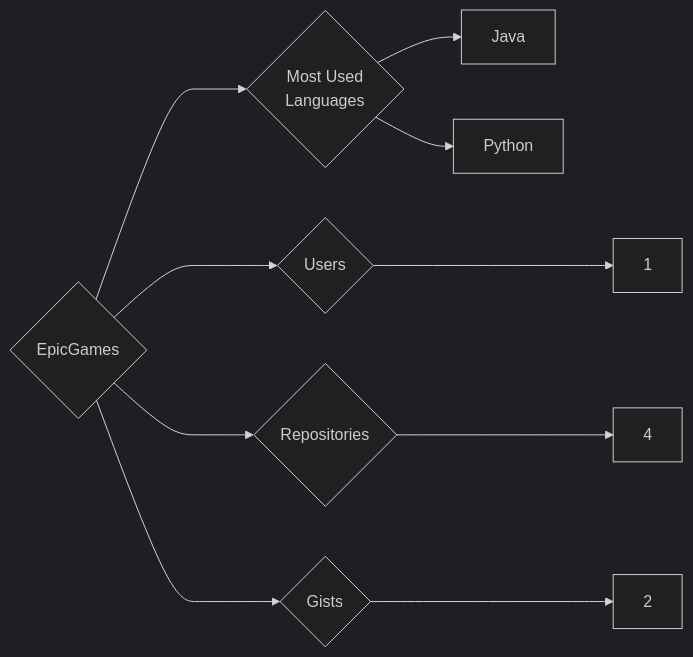
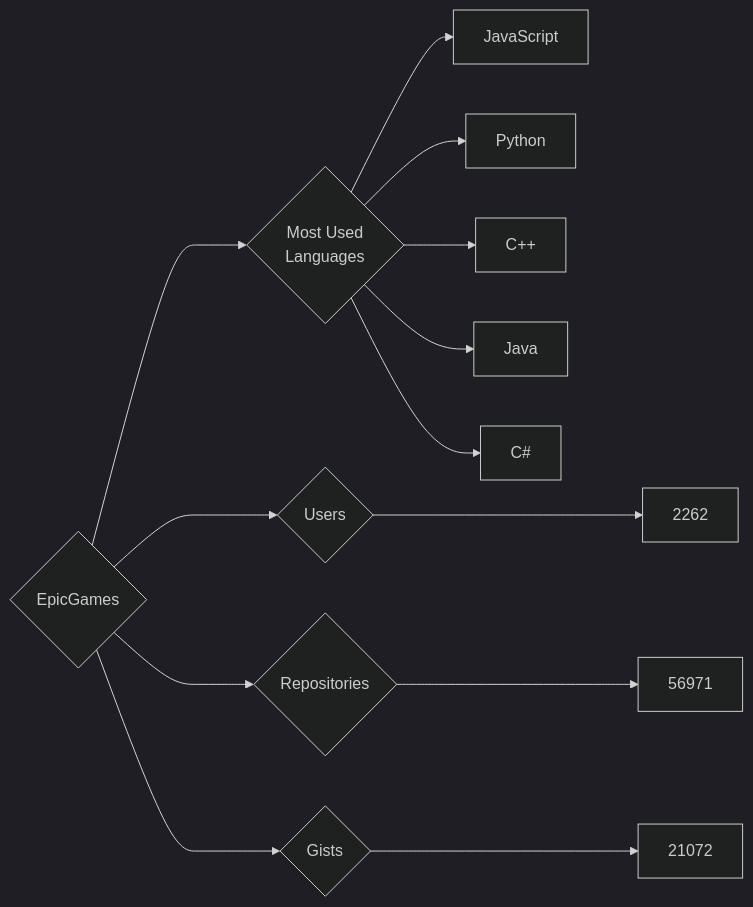
The diagram in targets/EpicGames/README.md (trickest/insiders), drawn with Mermaid (dark theme) before and after one commit. The commit also changed 679 other files, not shown here.

````diff
--- a/targets/EpicGames/README.md
+++ b/targets/EpicGames/README.md
@@ -3,10 +3,13 @@
 ```mermaid
 graph LR
 COMPANY_NAME{EpicGames}
-COMPANY_NAME ---> U{Users} ---> UN[1]
-COMPANY_NAME ---> R{Repositories} ---> RN[4]
-COMPANY_NAME ---> G{Gists} ---> GN[2]
+COMPANY_NAME ---> U{Users} ---> UN[2262]
+COMPANY_NAME ---> R{Repositories} ---> RN[56971]
+COMPANY_NAME ---> G{Gists} ---> GN[21072]
 COMPANY_NAME ---> ML{Most Used<br>Languages}
+ML --> JavaScript[JavaScript]
+ML --> Python[Python]
+ML --> C++[C++]
 ML --> Java[Java]
-ML --> Python[Python]
+ML --> C#[C#]
 ```
````
